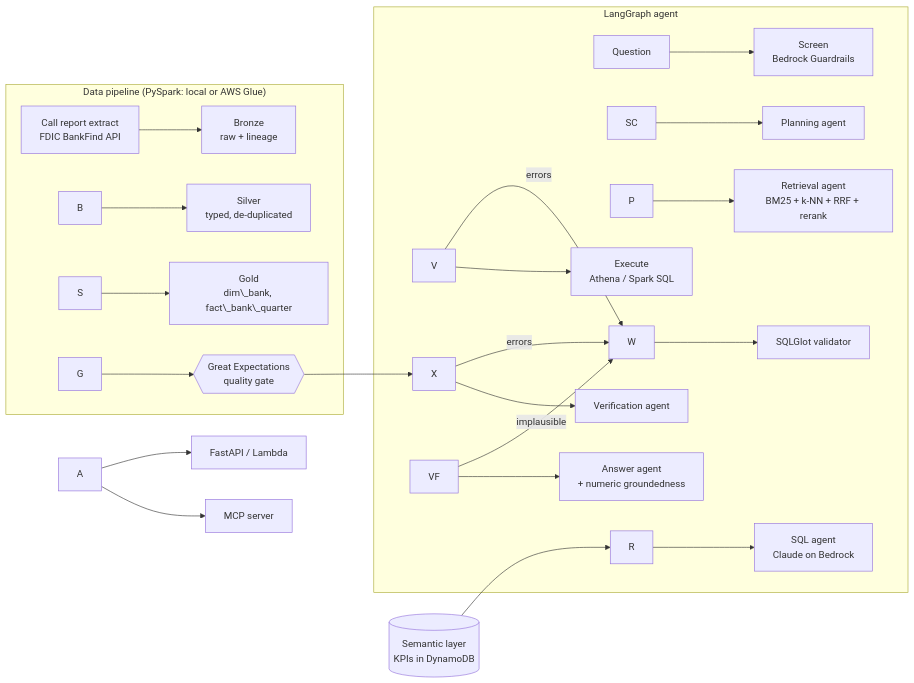
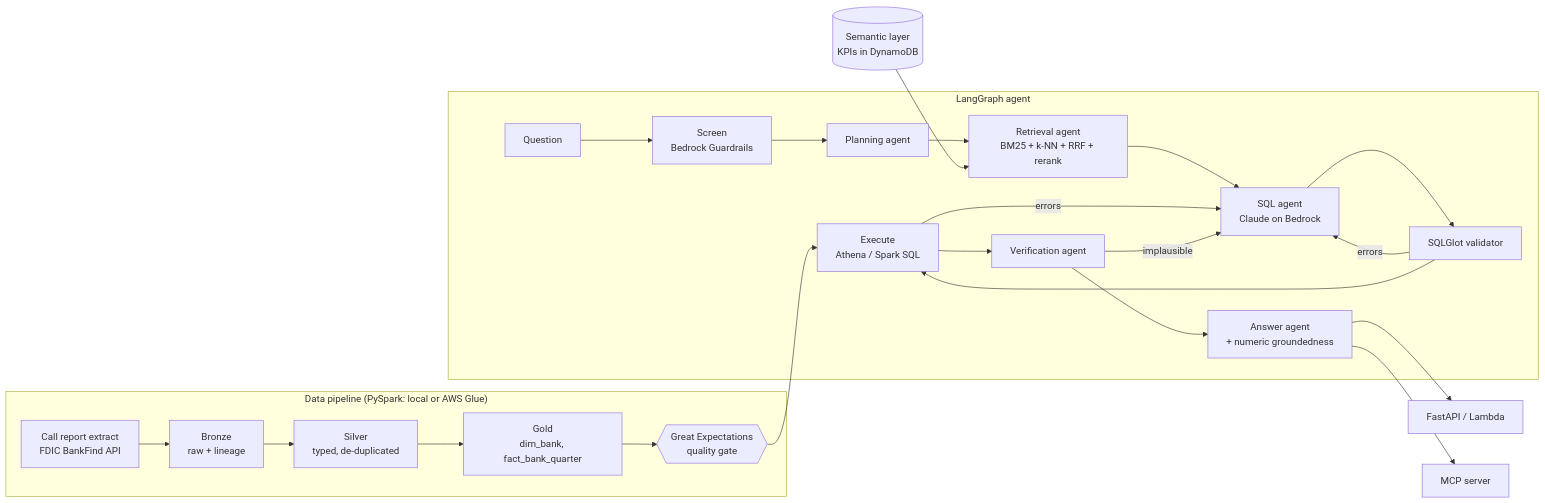
The diagram in README.md (athulyakollipara-web/bank-financials-agent), drawn with Mermaid before and after one commit. The commit also changed other lines of this file, not shown here.

````diff
--- a/README.md
+++ b/README.md
@@ -18,28 +18,28 @@
 ```mermaid
 flowchart LR
-    subgraph Data\["Data pipeline (PySpark: local or AWS Glue)"]
-        RAW\[Call report extract<br/>FDIC BankFind API] --> B\[Bronze<br/>raw + lineage]
-        B --> S\[Silver<br/>typed, de-duplicated]
-        S --> G\[Gold<br/>dim\_bank, fact\_bank\_quarter]
+    subgraph Data["Data pipeline (PySpark: local or AWS Glue)"]
+        RAW[Call report extract<br/>FDIC BankFind API] --> B[Bronze<br/>raw + lineage]
+        B --> S[Silver<br/>typed, de-duplicated]
+        S --> G[Gold<br/>dim_bank, fact_bank_quarter]
         G --> GX{{Great Expectations<br/>quality gate}}
     end
 
-    subgraph Agent\["LangGraph agent"]
-        Q\[Question] --> SC\[Screen<br/>Bedrock Guardrails]
-        SC --> P\[Planning agent]
-        P --> R\[Retrieval agent<br/>BM25 + k-NN + RRF + rerank]
-        R --> W\[SQL agent<br/>Claude on Bedrock]
-        W --> V\[SQLGlot validator]
+    subgraph Agent["LangGraph agent"]
+        Q[Question] --> SC[Screen<br/>Bedrock Guardrails]
+        SC --> P[Planning agent]
+        P --> R[Retrieval agent<br/>BM25 + k-NN + RRF + rerank]
+        R --> W[SQL agent<br/>Claude on Bedrock]
+        W --> V[SQLGlot validator]
         V -- errors --> W
-        V --> X\[Execute<br/>Athena / Spark SQL]
+        V --> X[Execute<br/>Athena / Spark SQL]
         X -- errors --> W
-        X --> VF\[Verification agent]
+        X --> VF[Verification agent]
         VF -- implausible --> W
-        VF --> A\[Answer agent<br/>+ numeric groundedness]
+        VF --> A[Answer agent<br/>+ numeric groundedness]
     end
 
-    KPI\[(Semantic layer<br/>KPIs in DynamoDB)] --> R
+    KPI[(Semantic layer<br/>KPIs in DynamoDB)] --> R
     GX --> X
-    A --> API\[FastAPI / Lambda]
-    A --> MCP\[MCP server]
+    A --> API[FastAPI / Lambda]
+    A --> MCP[MCP server]
 ```
````
